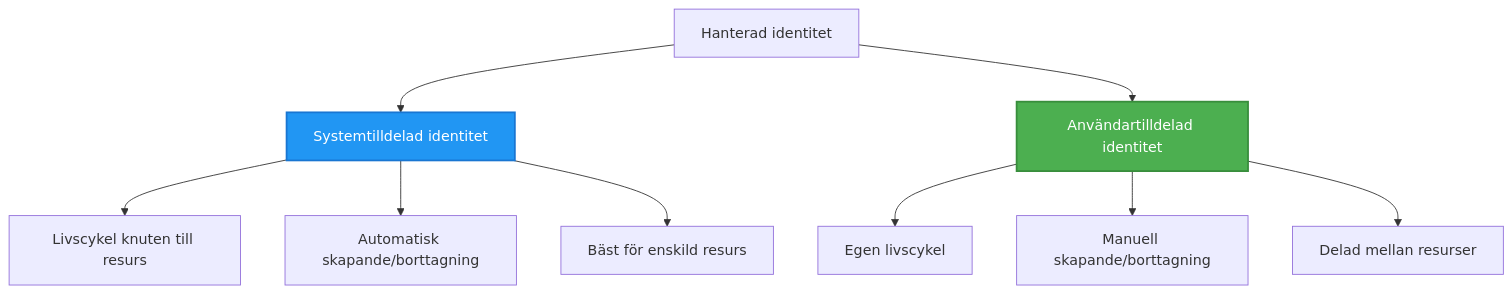
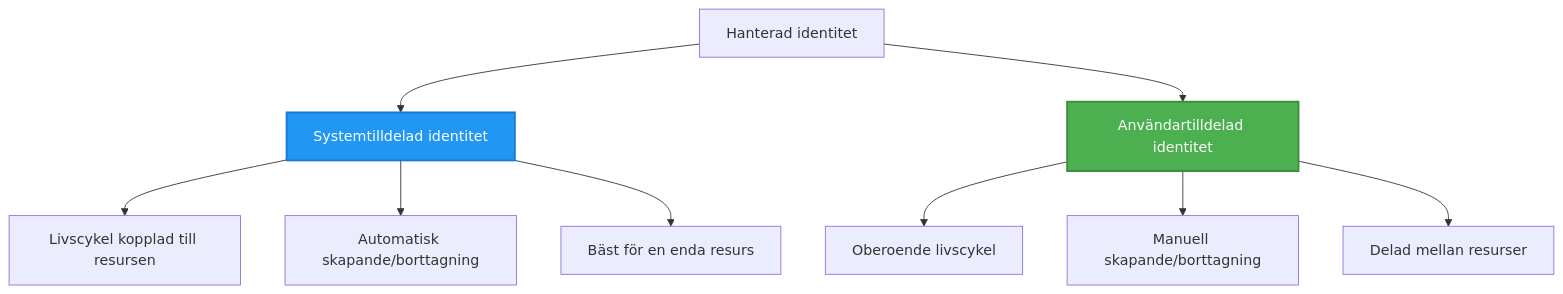
The second of 2 diagrams in translations/sv/docs/chapter-03-configuration/authsecurity.md (microsoft/AZD-for-beginners), drawn with Mermaid before and after one commit. The commit also changed other lines of this file and 101 other files, not shown here.

````diff
--- a/translations/sv/docs/chapter-03-configuration/authsecurity.md
+++ b/translations/sv/docs/chapter-03-configuration/authsecurity.md
@@ -97,20 +97,20 @@
 ```mermaid
 graph TB
     MI[Hanterad identitet]
     SystemAssigned[Systemtilldelad identitet]
     UserAssigned[Användartilldelad identitet]
     
     MI --> SystemAssigned
     MI --> UserAssigned
     
-    SystemAssigned --> SA1[Livscykel knuten till resurs]
+    SystemAssigned --> SA1[Livscykel kopplad till resursen]
     SystemAssigned --> SA2[Automatisk skapande/borttagning]
-    SystemAssigned --> SA3[Bäst för enskild resurs]
+    SystemAssigned --> SA3[Bäst för en enda resurs]
     
-    UserAssigned --> UA1[Egen livscykel]
+    UserAssigned --> UA1[Oberoende livscykel]
     UserAssigned --> UA2[Manuell skapande/borttagning]
     UserAssigned --> UA3[Delad mellan resurser]
     
     style SystemAssigned fill:#2196F3,stroke:#1976D2,stroke-width:2px,color:#fff
     style UserAssigned fill:#4CAF50,stroke:#388E3C,stroke-width:2px,color:#fff
 ```
````
